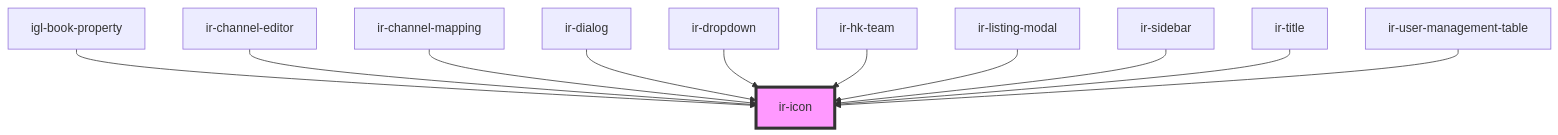
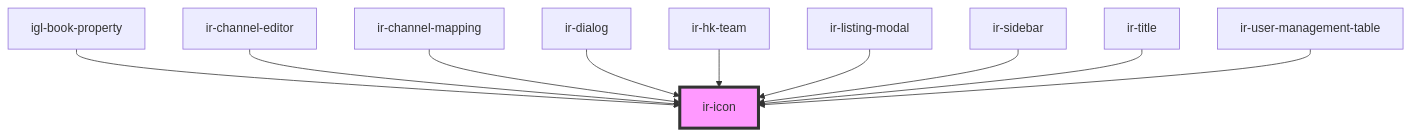
The diagram in src/components/ui/ir-icon/readme.md (RonyRizk/ir-webcmp), drawn with Mermaid before and after one commit. The commit also changed other lines of this file and 156 other files, not shown here.

````diff
--- a/src/components/ui/ir-icon/readme.md
+++ b/src/components/ui/ir-icon/readme.md
@@ -39,14 +38,13 @@
 ```mermaid
 graph TD;
   igl-book-property --> ir-icon
   ir-channel-editor --> ir-icon
   ir-channel-mapping --> ir-icon
   ir-dialog --> ir-icon
-  ir-dropdown --> ir-icon
   ir-hk-team --> ir-icon
   ir-listing-modal --> ir-icon
   ir-sidebar --> ir-icon
   ir-title --> ir-icon
   ir-user-management-table --> ir-icon
   style ir-icon fill:#f9f,stroke:#333,stroke-width:4px
 ```
````
